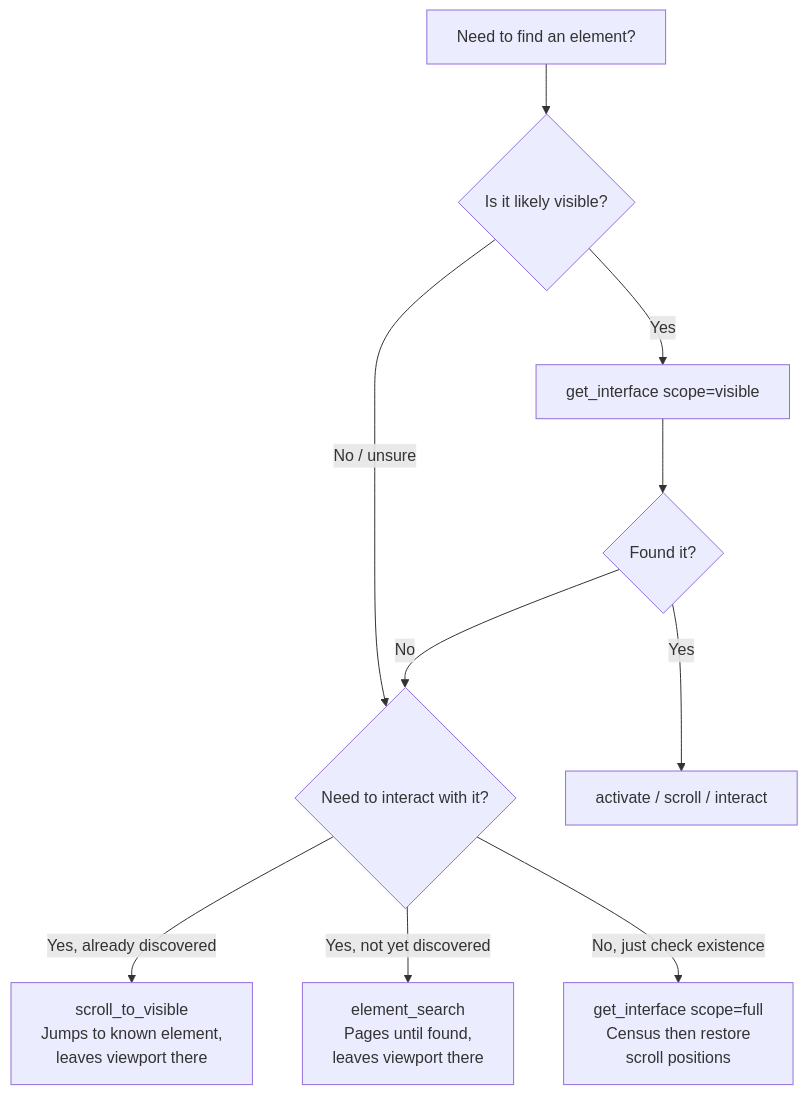
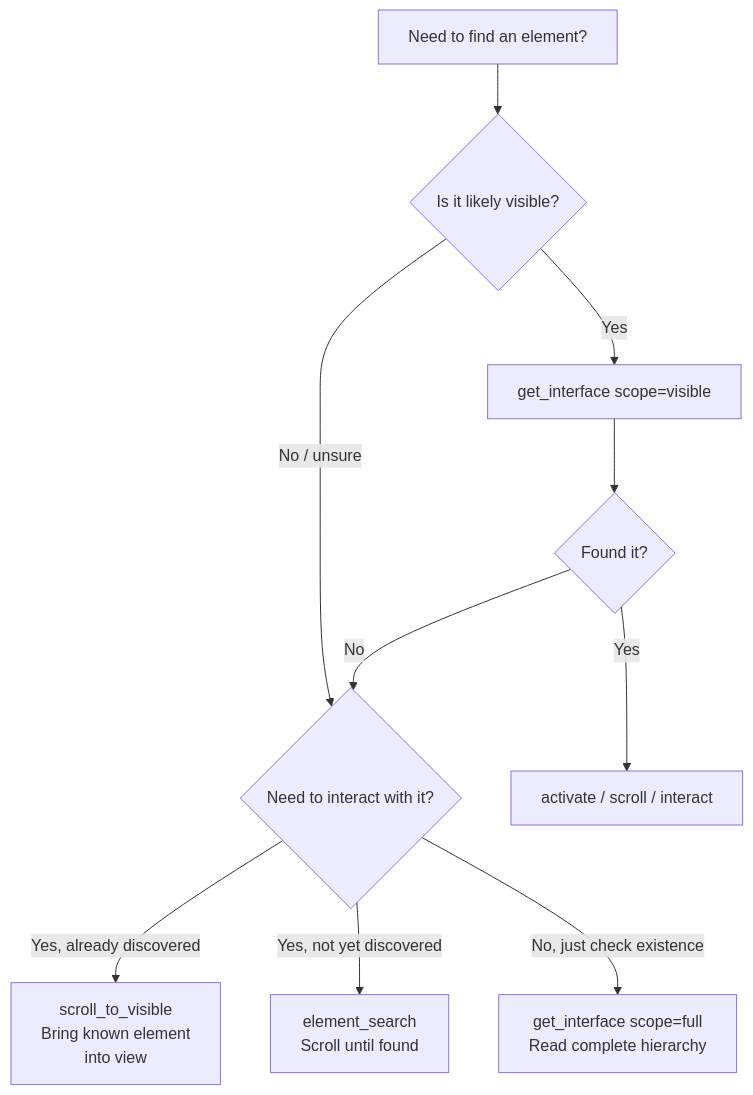
Before and after one commit to RoyalPineapple/TheButtonHeist: the third of 5 diagrams in docs/WIRE-PROTOCOL.md, drawn with Mermaid. The commit also changed other lines of this file and 10 other files, not shown here.

````diff
--- a/docs/WIRE-PROTOCOL.md
+++ b/docs/WIRE-PROTOCOL.md
@@ -953,12 +939,12 @@
 ```mermaid
 flowchart TD
     A[Need to find an element?] --> B{Is it likely visible?}
     B -->|Yes| C[get_interface scope=visible]
     B -->|No / unsure| D{Need to interact with it?}
-    D -->|Yes, already discovered| E[scroll_to_visible<br>Jumps to known element,<br>leaves viewport there]
-    D -->|Yes, not yet discovered| I[element_search<br>Pages until found,<br>leaves viewport there]
-    D -->|No, just check existence| F[get_interface scope=full<br>Census then restore<br>scroll positions]
+    D -->|Yes, already discovered| E[scroll_to_visible<br>Bring known element<br>into view]
+    D -->|Yes, not yet discovered| I[element_search<br>Scroll until found]
+    D -->|No, just check existence| F[get_interface scope=full<br>Read complete hierarchy]
     C --> G{Found it?}
     G -->|Yes| H[activate / scroll / interact]
     G -->|No| D
 ```
````
